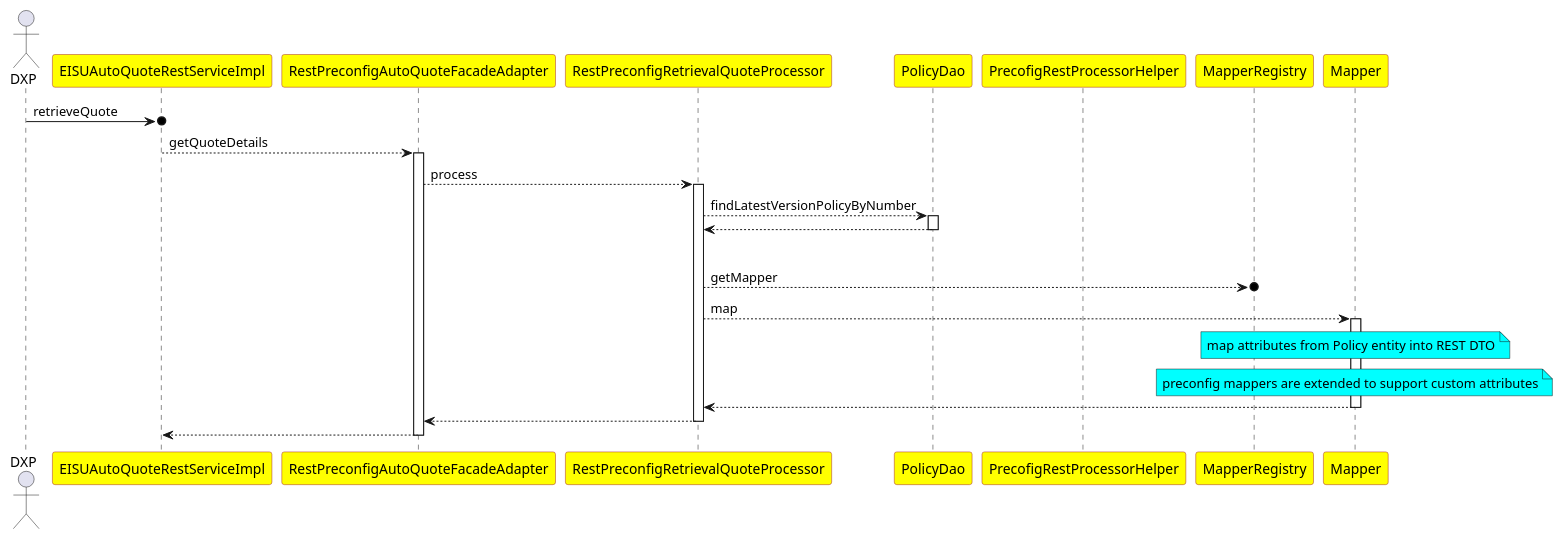
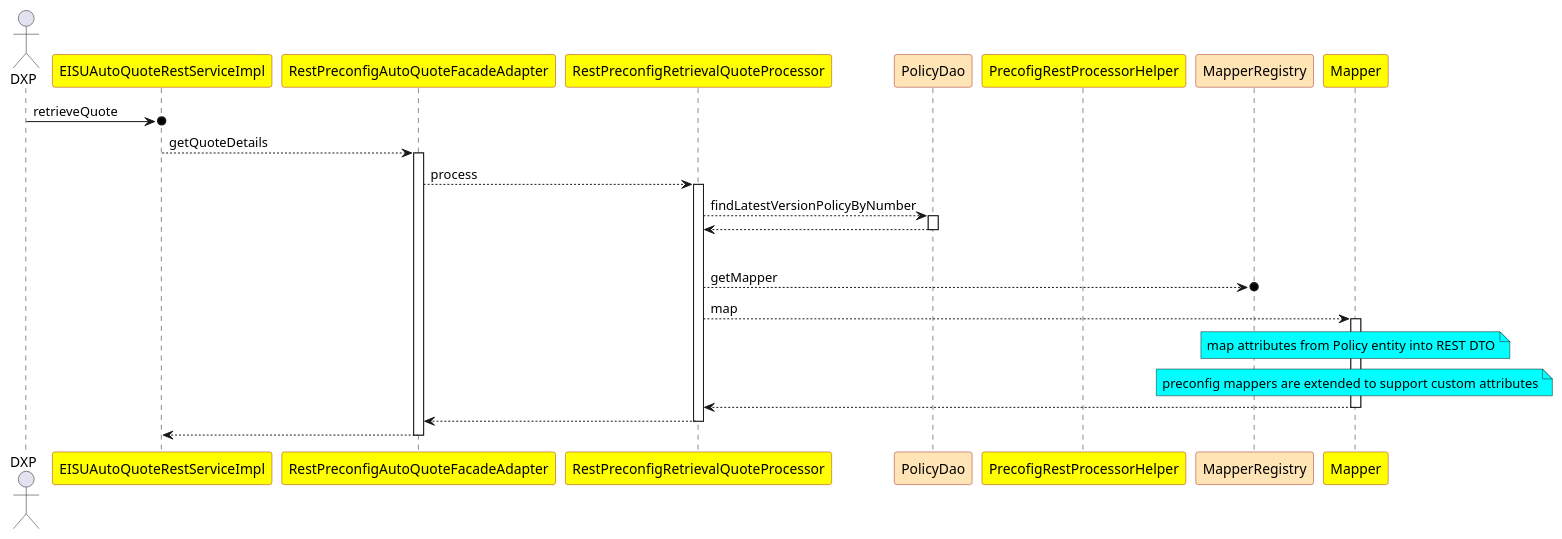
Before and after one commit to evgueni-spb/bootcamp: the diagram in qq-sequence-retrieve.puml, drawn with PlantUML. The commit also changed 5 other files, not shown here.

Commit message:
added qq sequence issue diagram

```diff
--- a/qq-sequence-retrieve.puml
+++ b/qq-sequence-retrieve.puml
@@ -1,31 +1,31 @@
 @startuml
 skinparam  participant {
   BackgroundColor yellow
   BorderColor brown
 }
 
 actor DXP
 
 participant EISUAutoQuoteRestServiceImpl
 participant RestPreconfigAutoQuoteFacadeAdapter
 participant RestPreconfigRetrievalQuoteProcessor
-participant PolicyDao
+participant PolicyDao #moccasin
 participant PrecofigRestProcessorHelper
-participant MapperRegistry
+participant MapperRegistry #moccasin
 participant Mapper
 
 
 DXP ->o EISUAutoQuoteRestServiceImpl:retrieveQuote
 EISUAutoQuoteRestServiceImpl --> RestPreconfigAutoQuoteFacadeAdapter ++: getQuoteDetails
 RestPreconfigAutoQuoteFacadeAdapter --> RestPreconfigRetrievalQuoteProcessor ++: process
 RestPreconfigRetrievalQuoteProcessor --> PolicyDao ++ :findLatestVersionPolicyByNumber
 return
 loop "all mappers for policy"
 RestPreconfigRetrievalQuoteProcessor -->o MapperRegistry:getMapper
 RestPreconfigRetrievalQuoteProcessor --> Mapper ++:map
 note over Mapper #aqua: map attributes from Policy entity into REST DTO
 note over Mapper #aqua: preconfig mappers are extended to support custom attributes
 return
 return
 return
 @enduml
```
